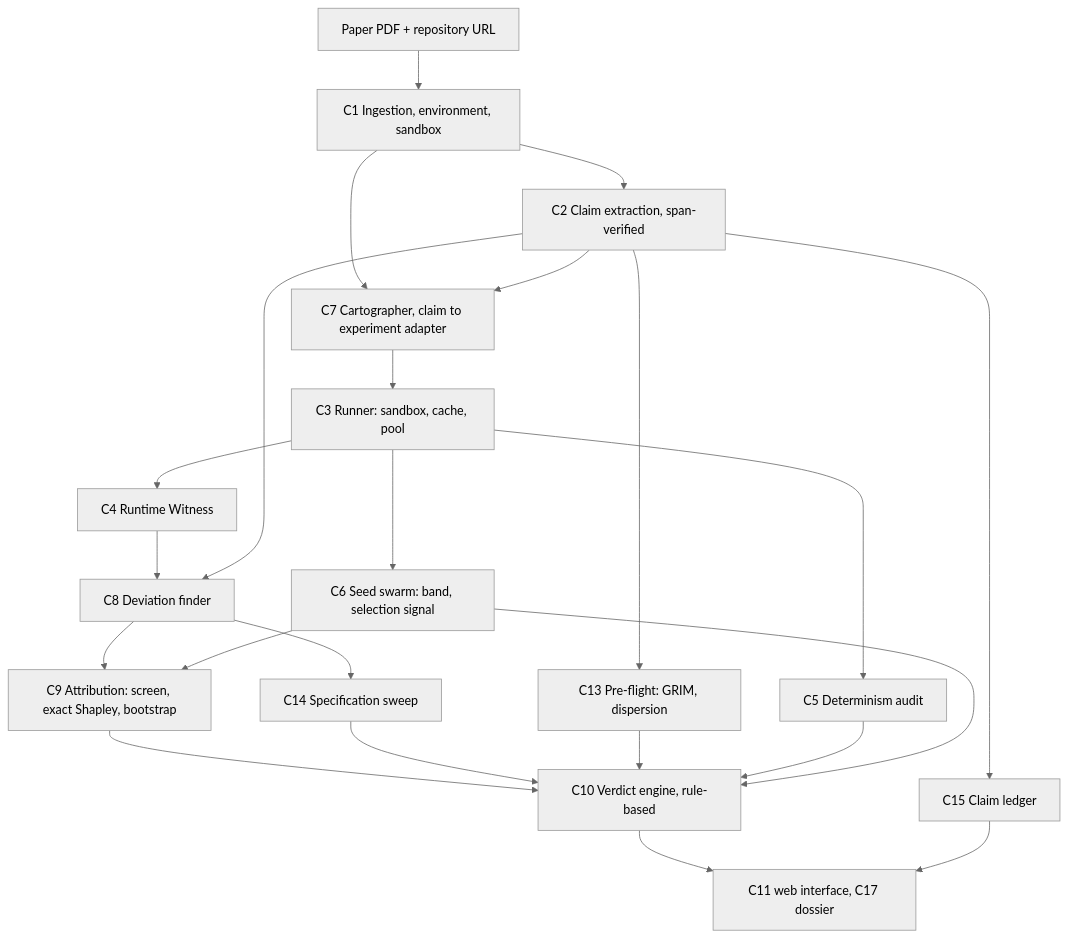
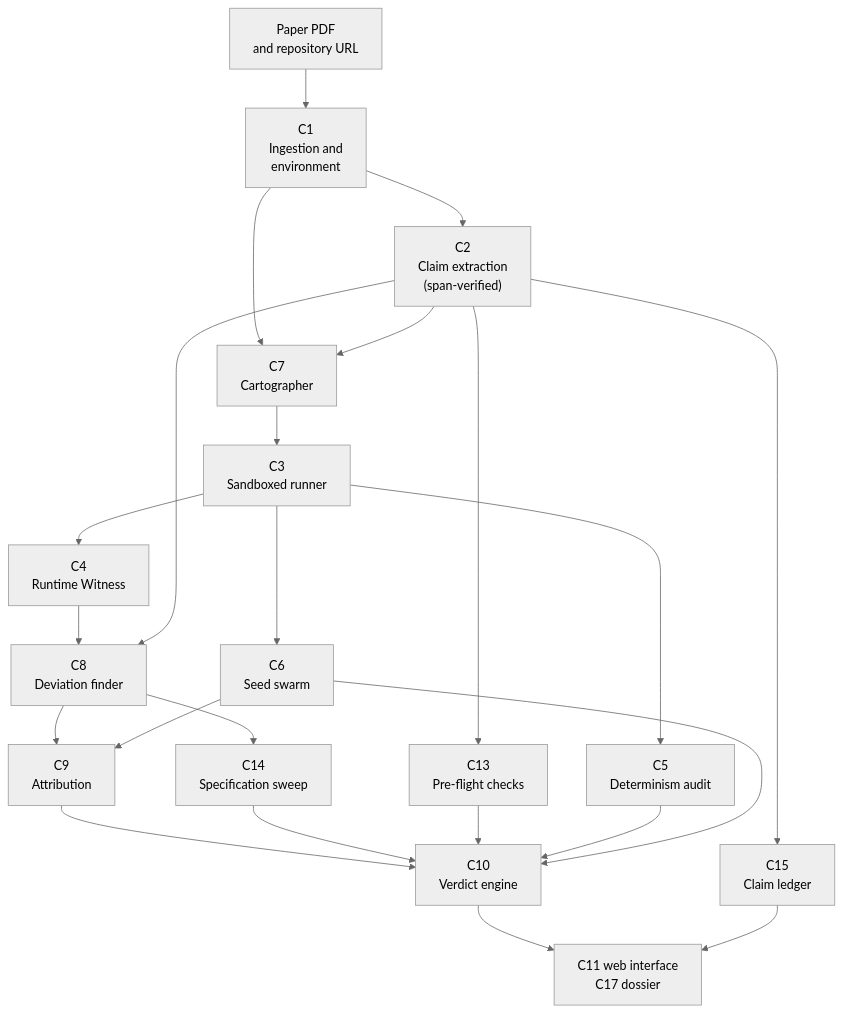
Before and after one commit to Rishi0507/Inquest-Automated-Research-Paper-Reproducibility: the diagram in docs/architecture.md, drawn with Mermaid (neutral theme). The commit also changed 1 other file, not shown here.

Commit message:
Fix diagram label widths

````diff
--- a/docs/architecture.md
+++ b/docs/architecture.md
@@ -10,25 +10,25 @@
 ```mermaid
 flowchart TB
-    A[Paper PDF + repository URL] --> B[C1 Ingestion, environment, sandbox]
-    B --> C[C2 Claim extraction, span-verified]
-    B --> D[C7 Cartographer, claim to experiment adapter]
+    A["Paper PDF<br/>and repository URL"] --> B["C1<br/>Ingestion and<br/>environment"]
+    B --> C["C2<br/>Claim extraction<br/>(span-verified)"]
+    B --> D["C7<br/>Cartographer"]
     C --> D
-    C --> P[C13 Pre-flight: GRIM, dispersion]
-    D --> R[C3 Runner: sandbox, cache, pool]
-    R --> W[C4 Runtime Witness]
-    R --> DA[C5 Determinism audit]
-    R --> S[C6 Seed swarm: band, selection signal]
-    W --> V[C8 Deviation finder]
+    C --> P["C13<br/>Pre-flight checks"]
+    D --> R["C3<br/>Sandboxed runner"]
+    R --> W["C4<br/>Runtime Witness"]
+    R --> DA["C5<br/>Determinism audit"]
+    R --> S["C6<br/>Seed swarm"]
+    W --> V["C8<br/>Deviation finder"]
     C --> V
-    V --> T[C9 Attribution: screen, exact Shapley, bootstrap]
-    V --> SP[C14 Specification sweep]
+    V --> T["C9<br/>Attribution"]
+    V --> SP["C14<br/>Specification sweep"]
     S --> T
-    T --> J[C10 Verdict engine, rule-based]
+    T --> J["C10<br/>Verdict engine"]
     SP --> J
     P --> J
     DA --> J
     S --> J
-    C --> L[C15 Claim ledger]
-    J --> K[C11 web interface, C17 dossier]
+    C --> L["C15<br/>Claim ledger"]
+    J --> K["C11 web interface<br/>C17 dossier"]
     L --> K
 ```
````
